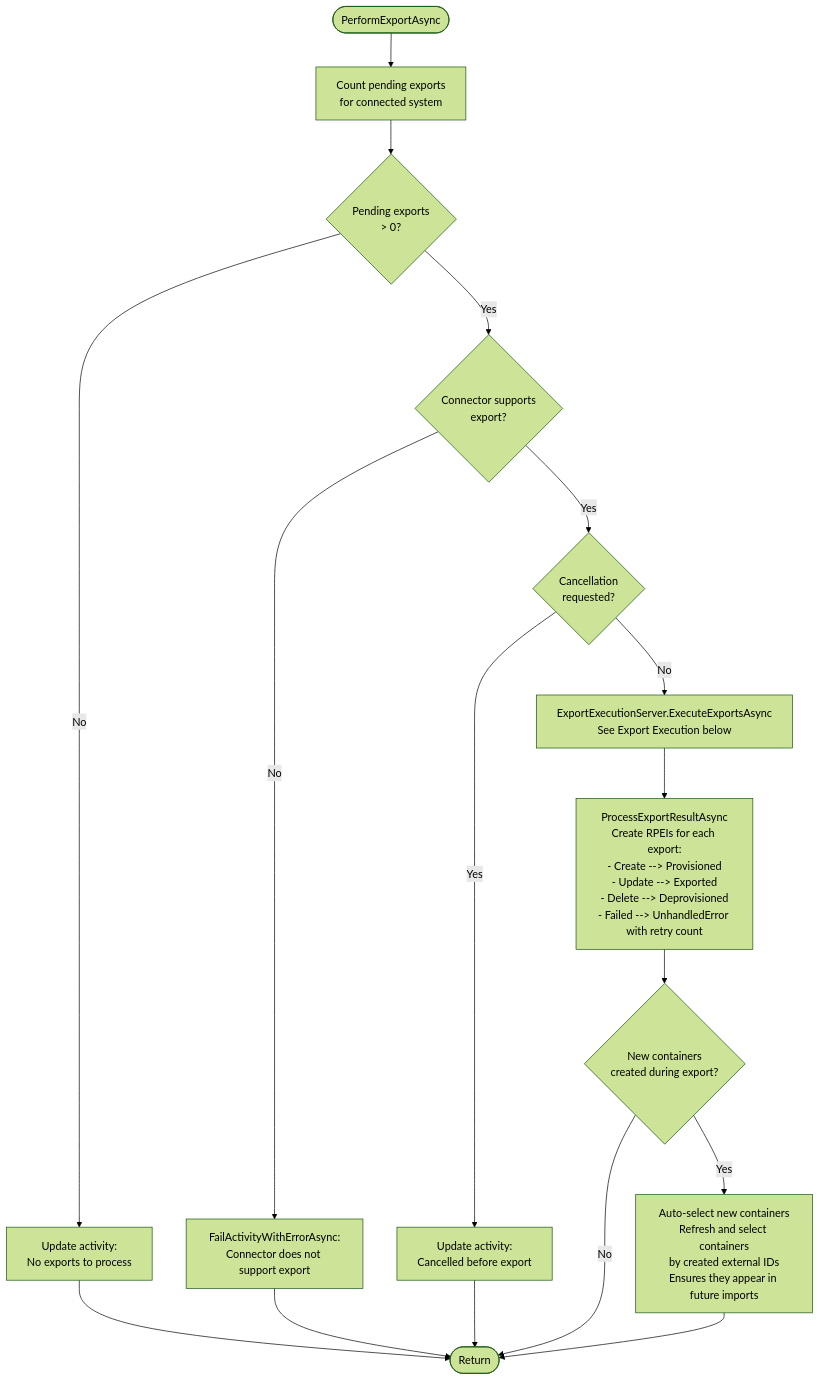
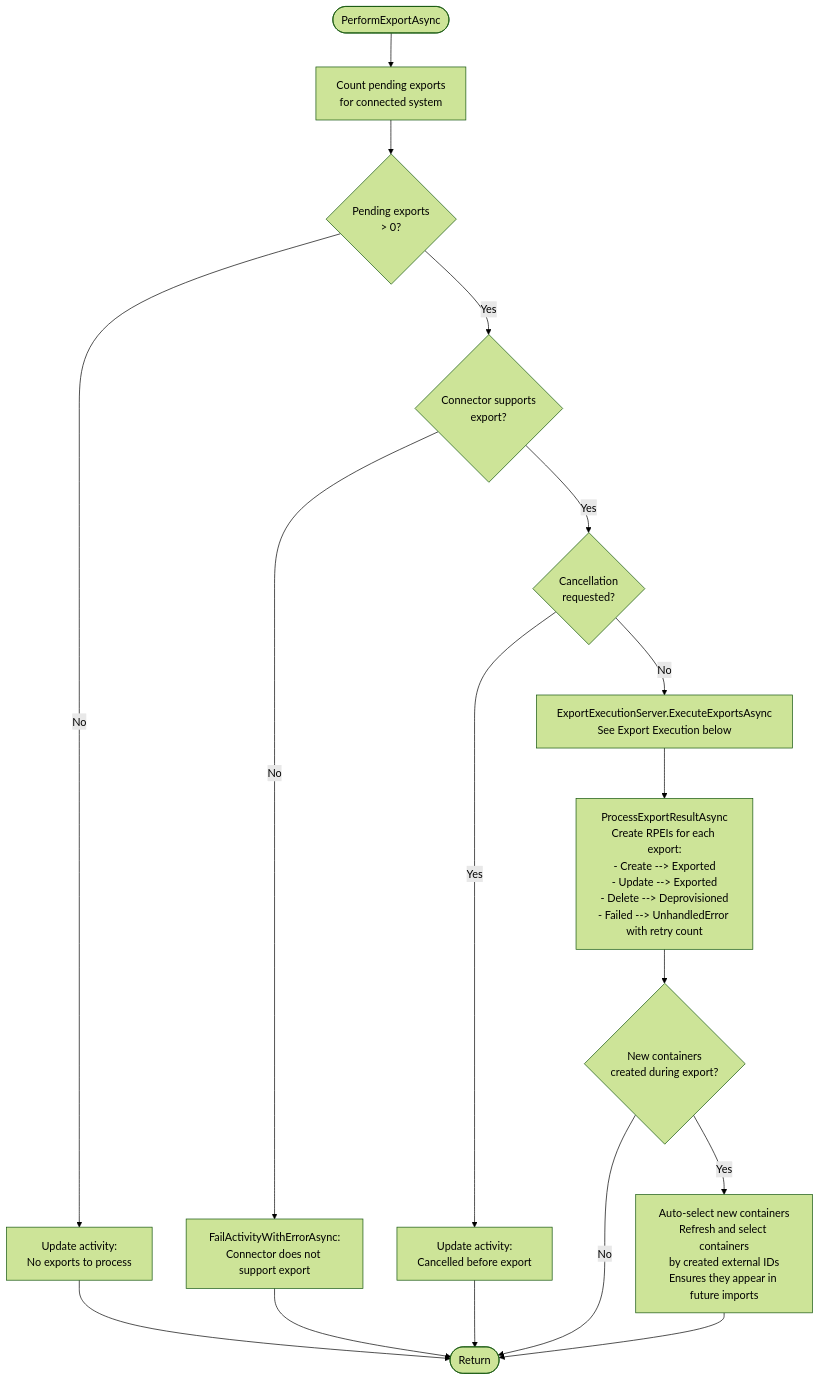
The first of 5 diagrams in docs/diagrams/mermaid/EXPORT_EXECUTION_FLOW.md (TetronIO/JIM), drawn with Mermaid (forest theme) before and after one commit. The commit also changed other lines of this file and 3 other files, not shown here.

First line of the commit message:
docs: Update diagrams and plan to reflect Provisioned consolidation

````diff
--- a/docs/diagrams/mermaid/EXPORT_EXECUTION_FLOW.md
+++ b/docs/diagrams/mermaid/EXPORT_EXECUTION_FLOW.md
@@ -9,23 +9,23 @@
 ```mermaid
 flowchart TD
     Start([PerformExportAsync]) --> CountPE[Count pending exports<br/>for connected system]
     CountPE --> HasExports{Pending exports<br/>> 0?}
     HasExports -->|No| NoWork[Update activity:<br/>No exports to process]
     NoWork --> Done([Return])
 
     HasExports -->|Yes| CheckConnector{Connector supports<br/>export?}
     CheckConnector -->|No| FailActivity[FailActivityWithErrorAsync:<br/>Connector does not support export]
     FailActivity --> Done
 
     CheckConnector -->|Yes| CheckCancel{Cancellation<br/>requested?}
     CheckCancel -->|Yes| CancelMsg[Update activity:<br/>Cancelled before export]
     CancelMsg --> Done
 
     CheckCancel -->|No| Execute[ExportExecutionServer.ExecuteExportsAsync<br/>See Export Execution below]
-    Execute --> ProcessResult[ProcessExportResultAsync<br/>Create RPEIs for each export:<br/>- Create --> Provisioned<br/>- Update --> Exported<br/>- Delete --> Deprovisioned<br/>- Failed --> UnhandledError with retry count]
+    Execute --> ProcessResult[ProcessExportResultAsync<br/>Create RPEIs for each export:<br/>- Create --> Exported<br/>- Update --> Exported<br/>- Delete --> Deprovisioned<br/>- Failed --> UnhandledError with retry count]
 
     ProcessResult --> CheckContainers{New containers<br/>created during export?}
     CheckContainers -->|Yes| AutoSelect[Auto-select new containers<br/>Refresh and select containers<br/>by created external IDs<br/>Ensures they appear in future imports]
     CheckContainers -->|No| Done
     AutoSelect --> Done
 ```
````
